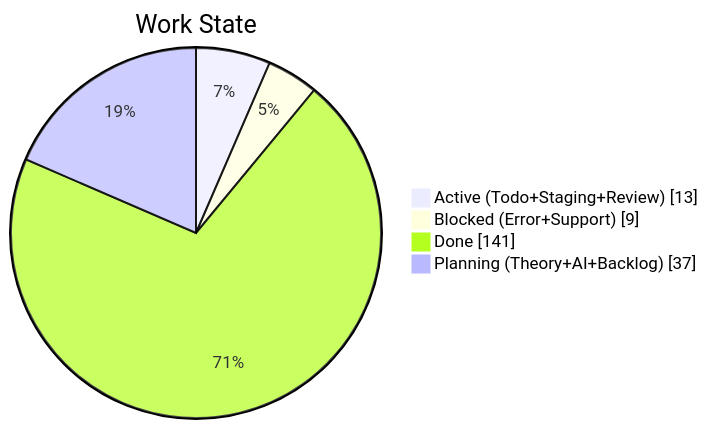
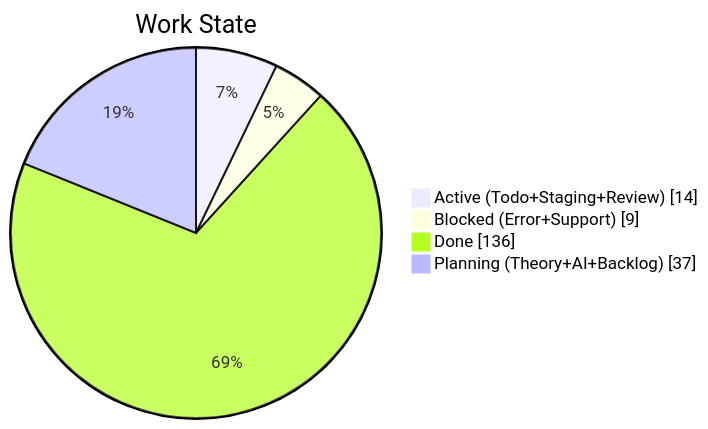
One commit to KBVE/kbve changed the second of 4 diagrams in apps/kbve/astro-kbve/src/content/docs/dashboard/kanban-data.mdx. Above: the diagram before and after it, drawn with Mermaid. The commit also changed other lines of this file and 8 other files, not shown here.

````diff
--- a/apps/kbve/astro-kbve/src/content/docs/dashboard/kanban-data.mdx
+++ b/apps/kbve/astro-kbve/src/content/docs/dashboard/kanban-data.mdx
@@ -67,8 +68,8 @@
 ```mermaid
 pie showData
     title Work State
-    "Active (Todo+Staging+Review)" : 13
+    "Active (Todo+Staging+Review)" : 14
     "Blocked (Error+Support)" : 9
-    "Done" : 141
+    "Done" : 136
     "Planning (Theory+AI+Backlog)" : 37
 ```
````
